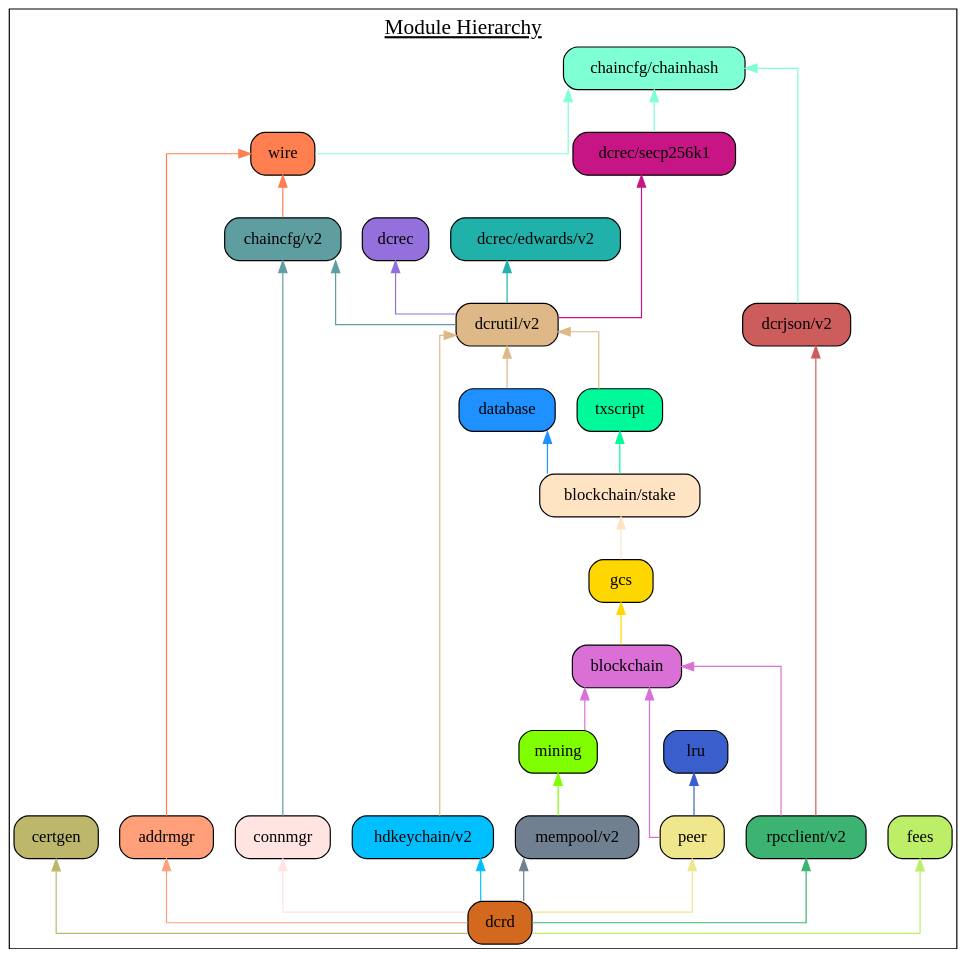
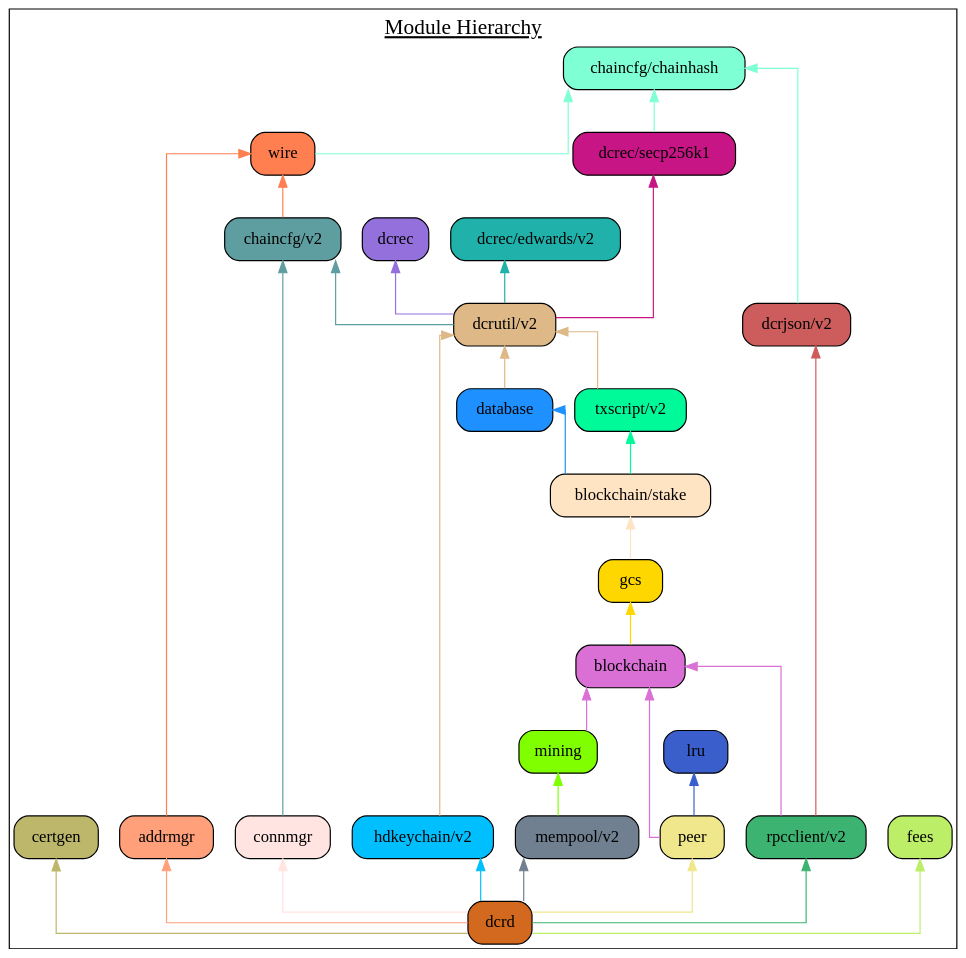
One commit to decred/dcrd changed the diagram in docs/assets/module_hierarchy.gv. Above: the diagram before and after it, drawn with Graphviz. The commit also changed 2 other files, not shown here.

Commit message:
docs: Update for txscript v2 module.

```diff
--- a/docs/assets/module_hierarchy.gv
+++ b/docs/assets/module_hierarchy.gv
@@ -1,65 +1,65 @@
 digraph {
 	graph [splines=ortho colorscheme=svg label=<<u>Module Hierarchy</u>> labelloc=t fontsize=18.0]
 	node [shape=box style="filled, rounded"]
 
 	certgen [label="certgen" fillcolor=darkkhaki]
 	chainhash [label="chaincfg/chainhash" fillcolor=aquamarine]
 	dcrjson [label="dcrjson/v2" fillcolor=indianred]
 	wire [label="wire" fillcolor=coral]
 	addrmgr [label="addrmgr" fillcolor=lightsalmon]
 	chaincfg [label="chaincfg/v2" fillcolor=cadetblue]
 	connmgr [label="connmgr" fillcolor=mistyrose]
 	dcrec [label="dcrec" fillcolor=mediumpurple]
 	edwards [label="dcrec/edwards/v2" fillcolor=lightseagreen]
 	secp256k1 [label="dcrec/secp256k1" fillcolor=mediumvioletred]
 	dcrutil [label="dcrutil/v2" fillcolor=burlywood]
 	database [label="database" fillcolor=dodgerblue]
 	hdkeychain [label="hdkeychain/v2" fillcolor=deepskyblue]
-	txscript [label="txscript" fillcolor=mediumspringgreen]
+	txscript [label="txscript/v2" fillcolor=mediumspringgreen]
 	stake [label="blockchain/stake" fillcolor=bisque]
 	gcs [label="gcs" fillcolor=gold]
 	blockchain [label="blockchain" fillcolor=orchid]
 	mempool [label="mempool/v2" fillcolor=slategray]
 	mining [label="mining" fillcolor=chartreuse]
 	lru  [label="lru" fillcolor=royalblue3]
 	peer [label="peer" fillcolor=khaki]
 	rpcclient [label="rpcclient/v2" fillcolor=mediumseagreen]
 	fees [label="fees" fillcolor=darkolivegreen2]
 	dcrd [label="dcrd" fillcolor=chocolate]
 
 	{rank=same connmgr addrmgr hdkeychain peer rpcclient mempool}
 
 	certgen
 	chainhash -> dcrjson [dir=back color=aquamarine]
 	chainhash -> wire [dir=back color=aquamarine]
 	wire -> addrmgr [dir=back color=coral]
 	wire -> chaincfg [dir=back color=coral]
 	chaincfg -> connmgr [dir=back color=cadetblue]
 	chainhash -> secp256k1 [dir=back color=aquamarine]
 	chaincfg -> dcrutil [dir=back color=cadetblue]
 	dcrec -> dcrutil [dir=back color=mediumpurple]
 	edwards ->  dcrutil [dir=back color=lightseagreen]
 	secp256k1 ->  dcrutil [dir=back color=mediumvioletred]
 	dcrutil -> database [dir=back color=burlywood]
 	dcrutil -> hdkeychain [dir=back color=burlywood]
 	dcrutil -> txscript [dir=back color=burlywood]
 	database ->  stake [dir=back color=dodgerblue]
 	txscript -> stake [dir=back color=mediumspringgreen]
 	stake -> gcs [dir=back color=bisque]
 	gcs -> blockchain [dir=back color=gold]
 	blockchain -> mining [dir=back color=orchid]
 	mining -> mempool [dir=back color=chartreuse]
 	lru -> peer [dir=back color=royalblue3]
 	blockchain -> peer [dir=back color=orchid]
 	blockchain -> rpcclient [dir=back color=orchid]
 	dcrjson -> rpcclient [dir=back color=indianred]
 
 	fees -> dcrd [dir=back color=darkolivegreen2]
 	mempool -> dcrd [dir=back color=slategray]
 	certgen -> dcrd [dir=back color=darkkhaki]
 	addrmgr -> dcrd [dir=back color=lightsalmon]
 	hdkeychain -> dcrd [dir=back color=deepskyblue]
 	connmgr -> dcrd [dir=back color=mistyrose]
 	rpcclient -> dcrd [dir=back color=mediumseagreen]
 	peer -> dcrd [dir=back color=khaki]
 }
```
